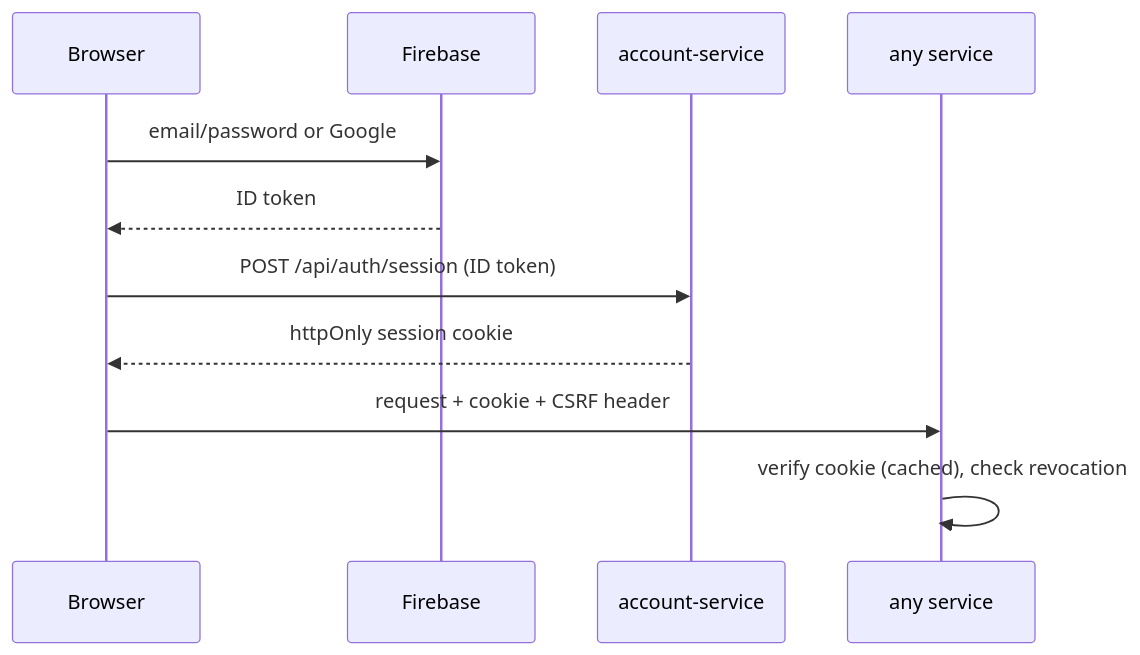
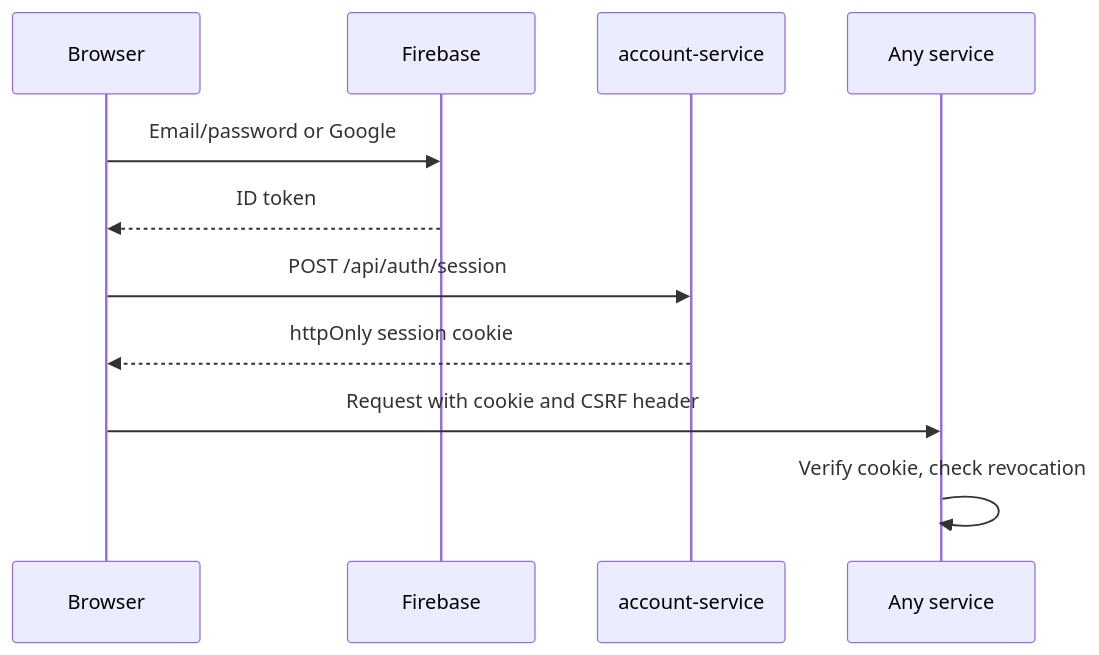
The second of 6 diagrams in docs/architecture.md (Divyanshu2805/singularity), drawn with Mermaid before and after one commit. The commit also changed other lines of this file and 8 other files, not shown here.

Commit message:
docs: fix mermaid diagrams and expand README

````diff
--- a/docs/architecture.md
+++ b/docs/architecture.md
@@ -53,13 +40,13 @@
 ```mermaid
 sequenceDiagram
     participant B as Browser
     participant F as Firebase
     participant A as account-service
-    participant S as any service
-    B->>F: email/password or Google
+    participant S as Any service
+    B->>F: Email/password or Google
     F-->>B: ID token
-    B->>A: POST /api/auth/session (ID token)
+    B->>A: POST /api/auth/session
     A-->>B: httpOnly session cookie
-    B->>S: request + cookie + CSRF header
-    S->>S: verify cookie (cached), check revocation
+    B->>S: Request with cookie and CSRF header
+    S->>S: Verify cookie, check revocation
 ```
````
